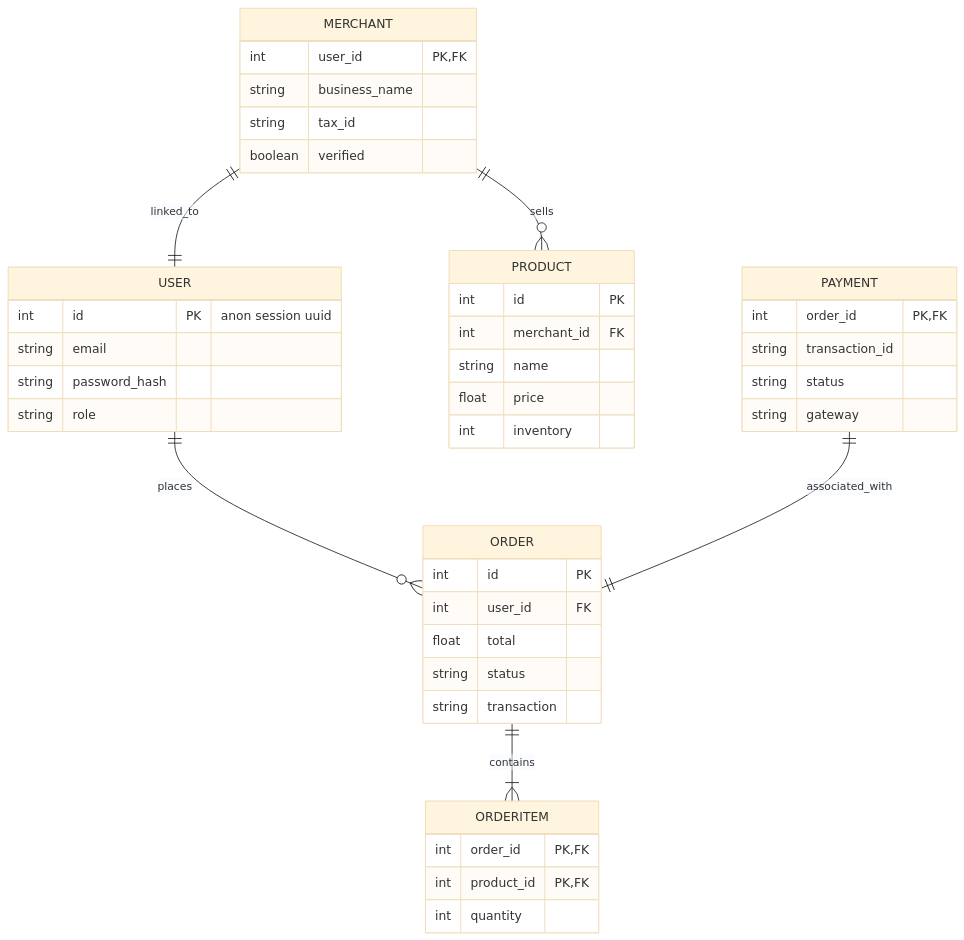
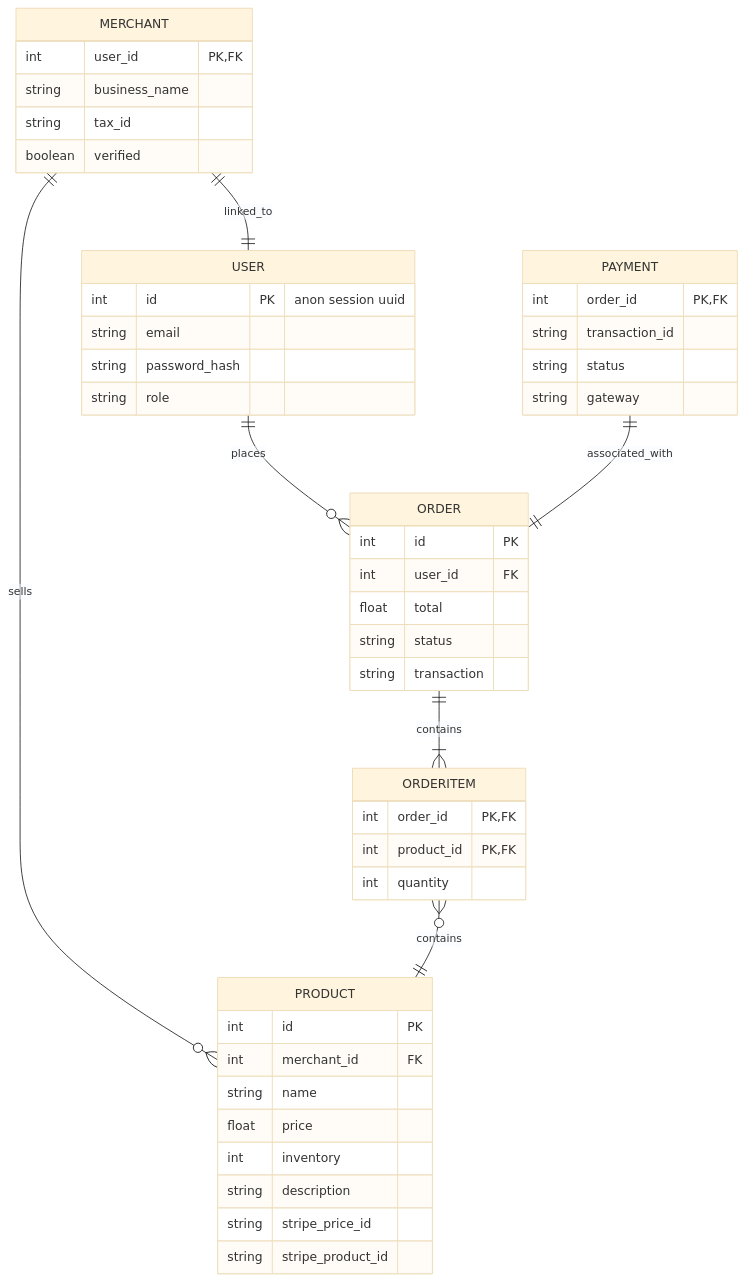
The diagram in erDiagram.mmd (CS464-ECOMMERCE/ecommerce-app), drawn with Mermaid (base theme) before and after one commit.

Commit message:
update erdiagram

```diff
--- a/erDiagram.mmd
+++ b/erDiagram.mmd
@@ -1,50 +1,54 @@
  erDiagram
         USER ||--o{ ORDER : places
         USER {
             int id PK "anon session uuid"
             string email
             string password_hash
             string role
         }
 
         MERCHANT ||--o{ PRODUCT : sells
         MERCHANT ||--|| USER : linked_to
         MERCHANT {
             int user_id PK, FK  
             string business_name
             string tax_id
             boolean verified
         }
 
         %% PRODUCT ||--o{ REVIEW : reviewed_by
         ORDER ||--|{ ORDERITEM : contains
         PRODUCT {
             int id PK
             int merchant_id FK
             %% int category_id FK
             string name
             float price
             int inventory
+            string description
+            string stripe_price_id
+            string stripe_product_id
         }
         
         ORDER {
             int id PK
             int user_id FK
             float total
             string status
             string transaction
         }
 
+        ORDERITEM }o--|| PRODUCT: contains
         ORDERITEM {
             int order_id PK, FK
             int product_id PK, FK
             int quantity
         }
 
         PAYMENT ||--|| ORDER : associated_with
         PAYMENT {
             int order_id PK, FK
             string transaction_id
             string status
             string gateway
         }
```
